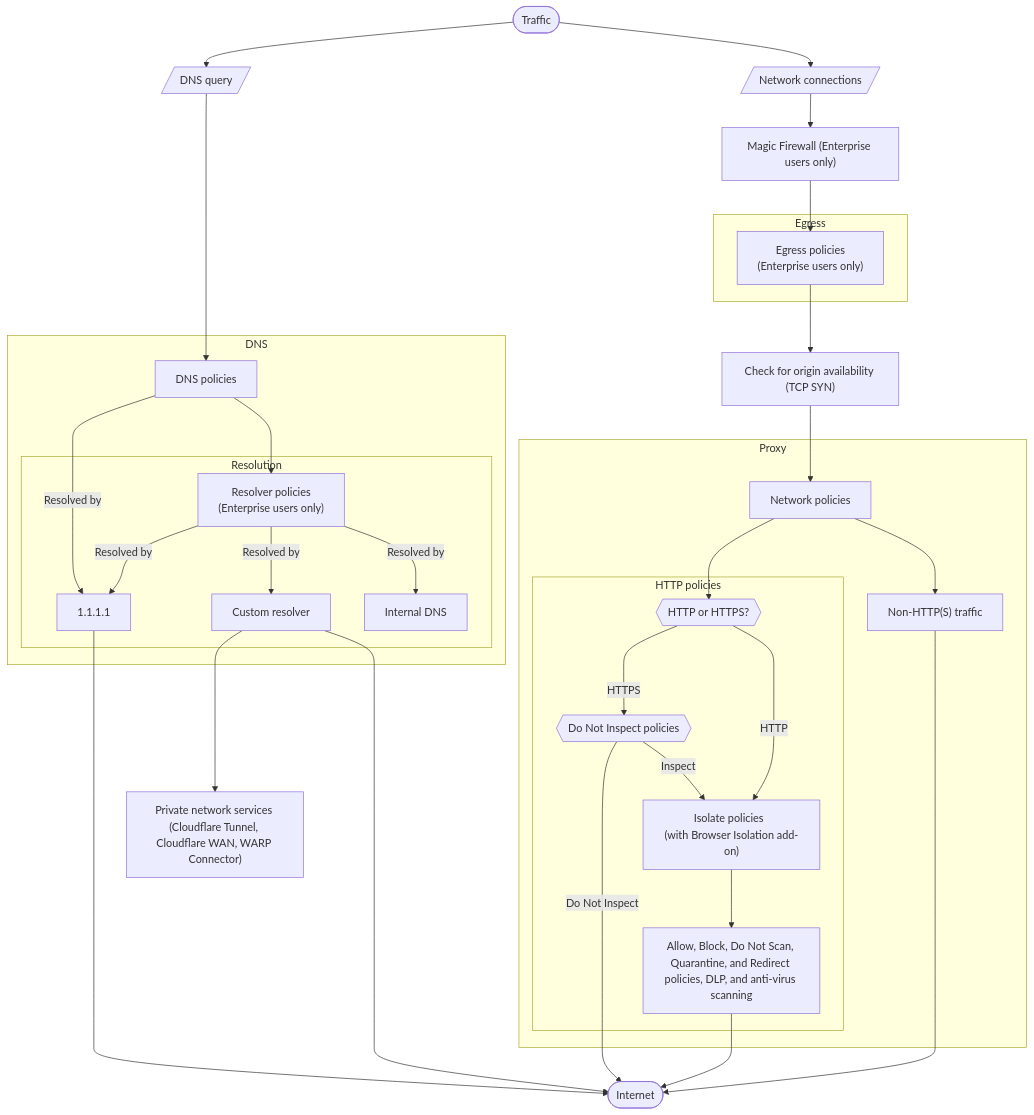
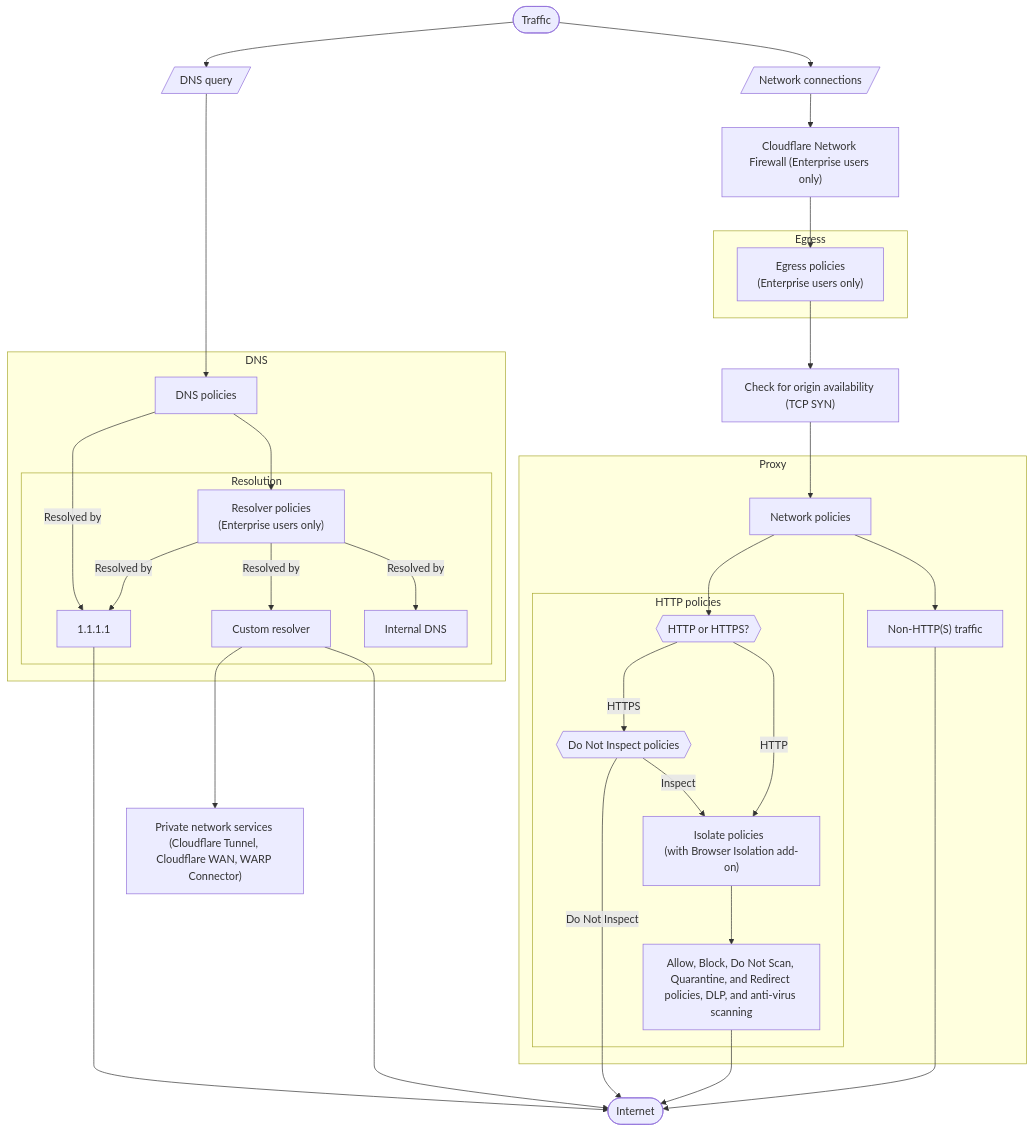
Before and after one commit to rdhanarot/cloudflare-docs: the diagram in src/content/partials/cloudflare-one/gateway/order-of-enforcement.mdx, drawn with Mermaid. The commit also changed 165 other files, not shown here.

First line of the commit message:
[Magic Firewall] Rename Magic Firewall to Cloudflare Network Firewall (#28362)

````diff
--- a/src/content/partials/cloudflare-one/gateway/order-of-enforcement.mdx
+++ b/src/content/partials/cloudflare-one/gateway/order-of-enforcement.mdx
@@ -7,55 +7,55 @@
 ```mermaid
 flowchart TB
     %% Accessibility
     accTitle: Gateway order of enforcement
     accDescr: Flowchart describing the order of enforcement for Gateway policies.
 
  subgraph Resolution["Resolution"]
         dns2["1.1.1.1"]
         dns4["Custom resolver"]
         dns3["Resolver policies <br>(Enterprise users only)"]
         internal["Internal DNS"]
   end
  subgraph DNS["DNS"]
         dns1["DNS policies"]
         Resolution
   end
  subgraph HTTP["HTTP policies"]
         http1{{"Do Not Inspect policies"}}
         http2["Isolate policies  <br>(with Browser Isolation add-on)"]
         http3["Allow, Block, Do Not Scan, Quarantine, and Redirect policies, DLP, and anti-virus scanning"]
         https["HTTP or HTTPS?"]
   end
  subgraph Proxy["Proxy"]
         HTTP
         network1["Network policies"]
         nonhttp["Non-HTTP(S) traffic"]
   end
  subgraph Egress["Egress"]
         egress1["Egress policies <br>(Enterprise users only)"]
   end
     start(["Traffic"]) --> dns0[/"DNS query"/] & http0["Network connections"]
     dns0 ----> dns1
     dns1 -- Resolved by --> dns2
     dns1 --> dns3
     dns3 -- Resolved by --> dns4
     dns2 -----> internet(["Internet"])
     dns4 -----> internet
     dns4 ---> cloudflare["Private network services <br>(Cloudflare Tunnel, Cloudflare WAN, WARP Connector)"]
     http1 -- Do Not Inspect --> internet
     http1 -- Inspect --> http2
     http2 --> http3
-    http0 --> magic["Magic Firewall (Enterprise users only)"]
+    http0 --> magic["Cloudflare Network Firewall (Enterprise users only)"]
     magic --> egress1
     egress1 --> tcp["Check for origin availability (TCP SYN)"]
     tcp --> network1
     http3 --> internet
     https -- HTTPS --> http1
     https -- HTTP --> http2
     network1 --> https & nonhttp
     dns3 -- Resolved by --> internal & dns2
     nonhttp -----> internet
 
     https@{ shape: hex}
     http0@{ shape: lean-r}
 ```
````
